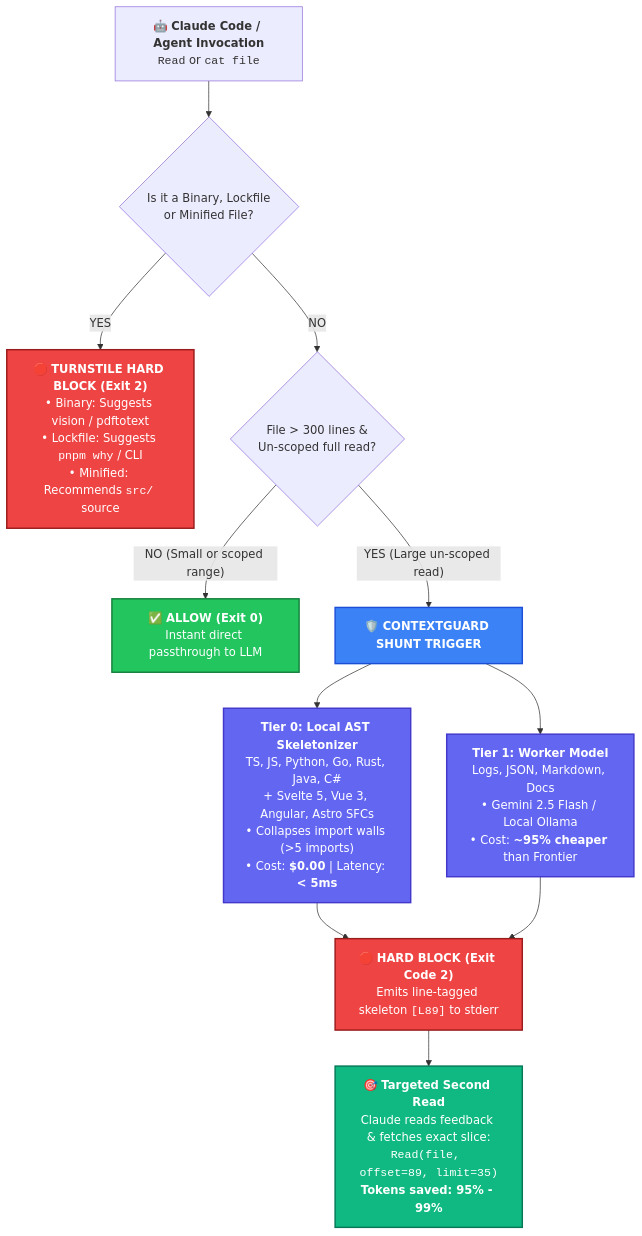
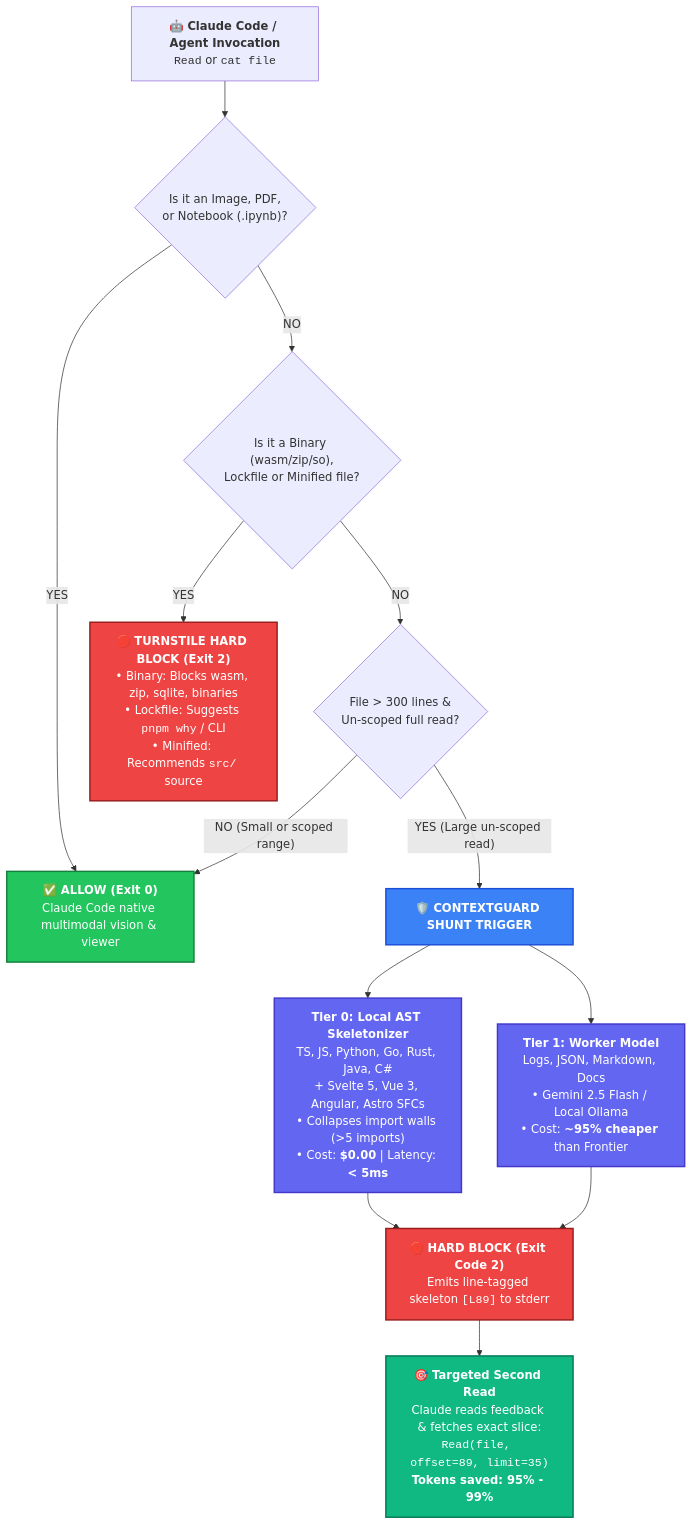
Before and after one commit to KevinBermudezC/context-guard: the diagram in README.md, drawn with Mermaid. The commit also changed 3 other files, not shown here.

Commit message:
fix(hook): allow Claude Code native multimodal formats (images, PDFs) and notebooks

````diff
--- a/README.md
+++ b/README.md
@@ -36,32 +36,36 @@
 ```mermaid
 flowchart TD
-    A["🤖 <b>Claude Code / Agent Invocation</b><br><code>Read</code> or <code>cat file</code>"] --> B{"Is it a Binary, Lockfile<br>or Minified File?"}
+    A["🤖 <b>Claude Code / Agent Invocation</b><br><code>Read</code> or <code>cat file</code>"] --> B{"Is it an Image, PDF,<br>or Notebook (.ipynb)?"}
     
-    B -- "YES" --> C["🛑 <b>TURNSTILE HARD BLOCK (Exit 2)</b><br>• Binary: Suggests vision / pdftotext<br>• Lockfile: Suggests <code>pnpm why</code> / CLI<br>• Minified: Recommends <code>src/</code> source"]
+    B -- "YES" --> E["✅ <b>ALLOW (Exit 0)</b><br>Claude Code native multimodal vision & viewer"]
     
-    B -- "NO" --> D{"File &gt; 300 lines &<br>Un-scoped full read?"}
+    B -- "NO" --> C{"Is it a Binary (wasm/zip/so),<br>Lockfile or Minified file?"}
     
-    D -- "NO (Small or scoped range)" --> E["✅ <b>ALLOW (Exit 0)</b><br>Instant direct passthrough to LLM"]
+    C -- "YES" --> D["🛑 <b>TURNSTILE HARD BLOCK (Exit 2)</b><br>• Binary: Blocks wasm, zip, sqlite, binaries<br>• Lockfile: Suggests <code>pnpm why</code> / CLI<br>• Minified: Recommends <code>src/</code> source"]
     
-    D -- "YES (Large un-scoped read)" --> F["🛡️ <b>CONTEXTGUARD SHUNT TRIGGER</b>"]
+    C -- "NO" --> F{"File &gt; 300 lines &<br>Un-scoped full read?"}
     
-    F --> G["<b>Tier 0: Local AST Skeletonizer</b><br>TS, JS, Python, Go, Rust, Java, C#<br>+ Svelte 5, Vue 3, Angular, Astro SFCs<br>• Collapses import walls (&gt;5 imports)<br>• Cost: <b>$0.00</b> | Latency: <b>&lt; 5ms</b>"]
-    F --> H["<b>Tier 1: Worker Model</b><br>Logs, JSON, Markdown, Docs<br>• Gemini 2.5 Flash / Local Ollama<br>• Cost: <b>~95% cheaper</b> than Frontier"]
+    F -- "NO (Small or scoped range)" --> E
     
-    G --> I["🛑 <b>HARD BLOCK (Exit Code 2)</b><br>Emits line-tagged skeleton <code>[L89]</code> to stderr"]
-    H --> I
+    F -- "YES (Large un-scoped read)" --> G["🛡️ <b>CONTEXTGUARD SHUNT TRIGGER</b>"]
     
-    I --> J["🎯 <b>Targeted Second Read</b><br>Claude reads feedback & fetches exact slice:<br><code>Read(file, offset=89, limit=35)</code><br><b>Tokens saved: 95% - 99%</b>"]
+    G --> H["<b>Tier 0: Local AST Skeletonizer</b><br>TS, JS, Python, Go, Rust, Java, C#<br>+ Svelte 5, Vue 3, Angular, Astro SFCs<br>• Collapses import walls (&gt;5 imports)<br>• Cost: <b>$0.00</b> | Latency: <b>&lt; 5ms</b>"]
+    G --> I["<b>Tier 1: Worker Model</b><br>Logs, JSON, Markdown, Docs<br>• Gemini 2.5 Flash / Local Ollama<br>• Cost: <b>~95% cheaper</b> than Frontier"]
+    
+    H --> J["🛑 <b>HARD BLOCK (Exit Code 2)</b><br>Emits line-tagged skeleton <code>[L89]</code> to stderr"]
+    I --> J
+    
+    J --> K["🎯 <b>Targeted Second Read</b><br>Claude reads feedback & fetches exact slice:<br><code>Read(file, offset=89, limit=35)</code><br><b>Tokens saved: 95% - 99%</b>"]
 
     classDef block fill:#ef4444,stroke:#991b1b,stroke-width:2px,color:#fff;
     classDef allow fill:#22c55e,stroke:#15803d,stroke-width:2px,color:#fff;
     classDef trigger fill:#3b82f6,stroke:#1d4ed8,stroke-width:2px,color:#fff;
     classDef tier fill:#6366f1,stroke:#4338ca,stroke-width:2px,color:#fff;
     classDef action fill:#10b981,stroke:#047857,stroke-width:2px,color:#fff;
 
-    class C,I block;
+    class D,J block;
     class E allow;
-    class F trigger;
-    class G,H tier;
-    class J action;
+    class G trigger;
+    class H,I tier;
+    class K action;
 ```
````
